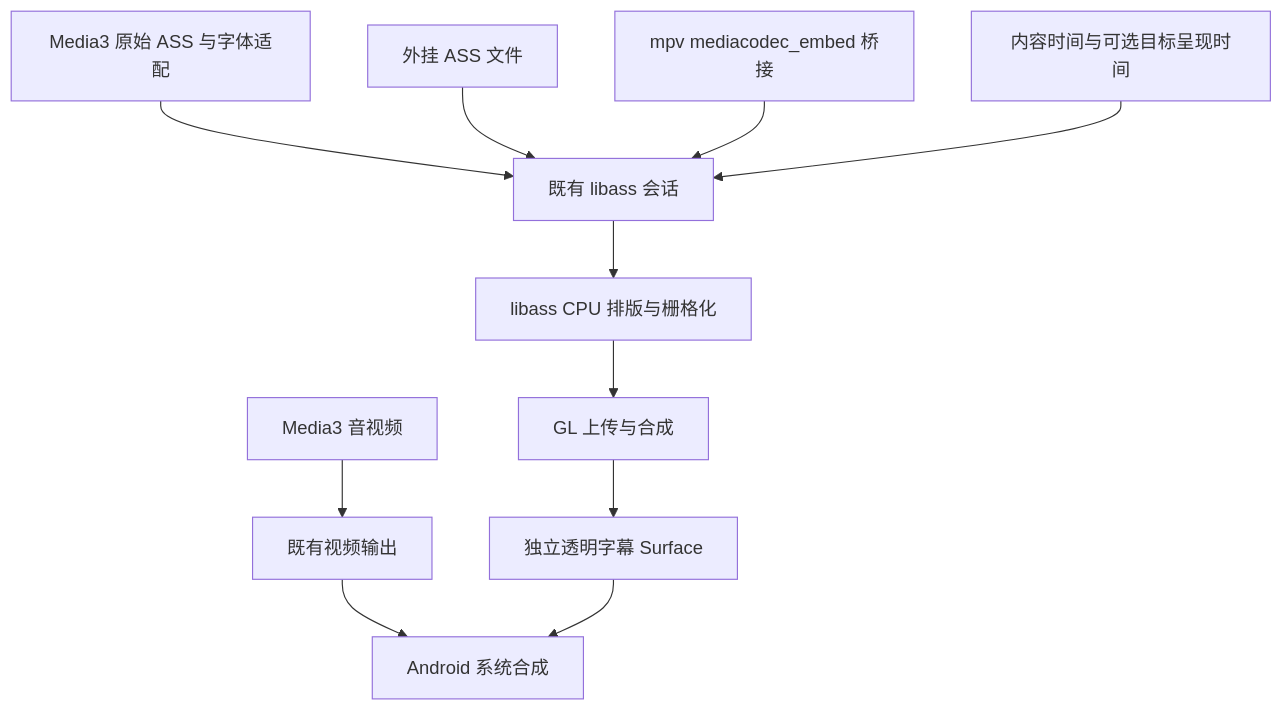
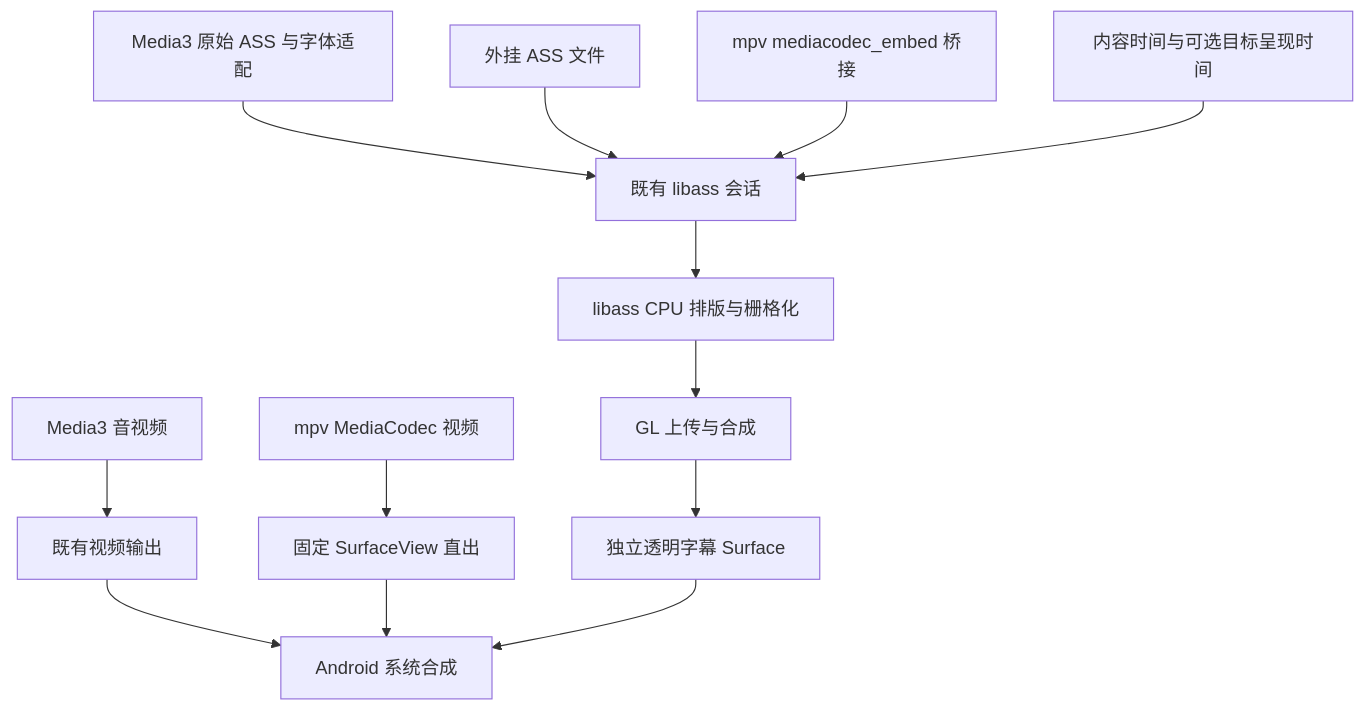
Before and after one commit to okami-horo/DDPlayTV: the diagram in docs/superpowers/designs/2026-10-29-media3-libass-integration-design.md, drawn with Mermaid. The commit also changed other lines of this file and 5 other files, not shown here.

````diff
--- a/docs/superpowers/designs/2026-10-29-media3-libass-integration-design.md
+++ b/docs/superpowers/designs/2026-10-29-media3-libass-integration-design.md
@@ -61,13 +64,15 @@
 ```mermaid
 flowchart TD
     M[Media3 音视频] --> V[既有视频输出]
+    PV[mpv MediaCodec 视频] --> PS[固定 SurfaceView 直出]
     A[Media3 原始 ASS 与字体适配] --> S[既有 libass 会话]
     E[外挂 ASS 文件] --> S
     P[mpv mediacodec_embed 桥接] --> S
     T[内容时间与可选目标呈现时间] --> S
     S --> L[libass CPU 排版与栅格化]
     L --> G[GL 上传与合成]
     G --> O[独立透明字幕 Surface]
     V --> C[Android 系统合成]
+    PS --> C
     O --> C
 ```
````
